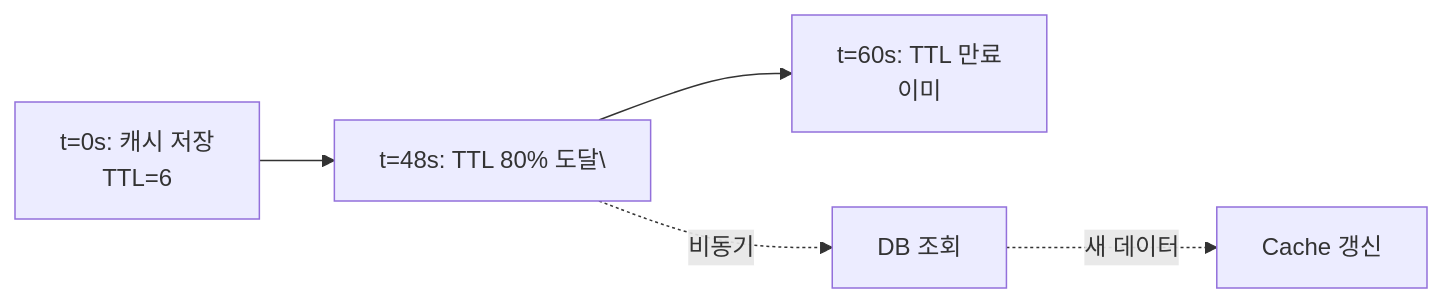
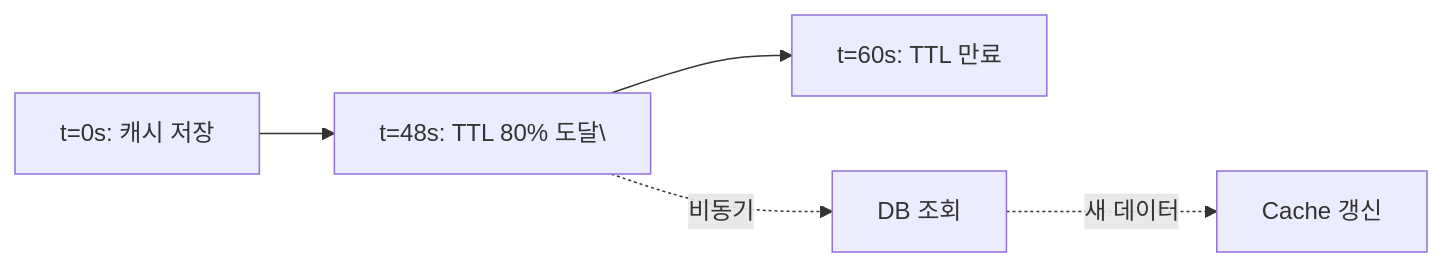
Before and after one commit to yjkim2015/yjkim2015.github.io: the fifth of 6 diagrams in _posts/caching/2026-05-01-caching-strategy.md, drawn with Mermaid. The commit also changed other lines of this file and 217 other files, not shown here.

First line of the commit message:
Mermaid 크기 수정: useMaxWidth:true + SVG max-width:100% + 라벨 축소

````diff
--- a/_posts/caching/2026-05-01-caching-strategy.md
+++ b/_posts/caching/2026-05-01-caching-strategy.md
@@ -238,7 +238,7 @@
 ```mermaid
 graph LR
-    T0["t=0s: 캐시 저장\nTTL=6"] --> T48["t=48s: TTL 80% 도달\"]
-    T48 --> T60["t=60s: TTL 만료\n이미"]
+    T0["t=0s: 캐시 저장"] --> T48["t=48s: TTL 80% 도달\"]
+    T48 --> T60["t=60s: TTL 만료"]
     T48 -.->|"비동기"| DB["DB 조회"]
     DB -.->|"새 데이터"| Cache["Cache 갱신"]
 ```
````
